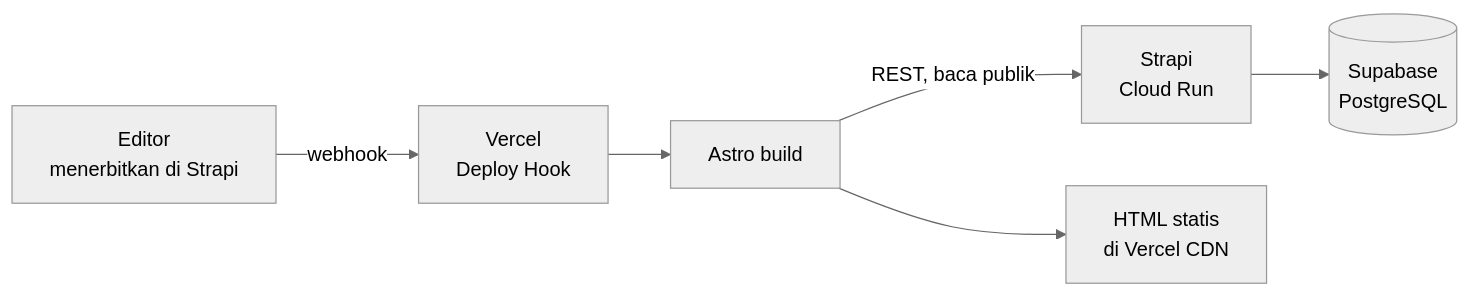
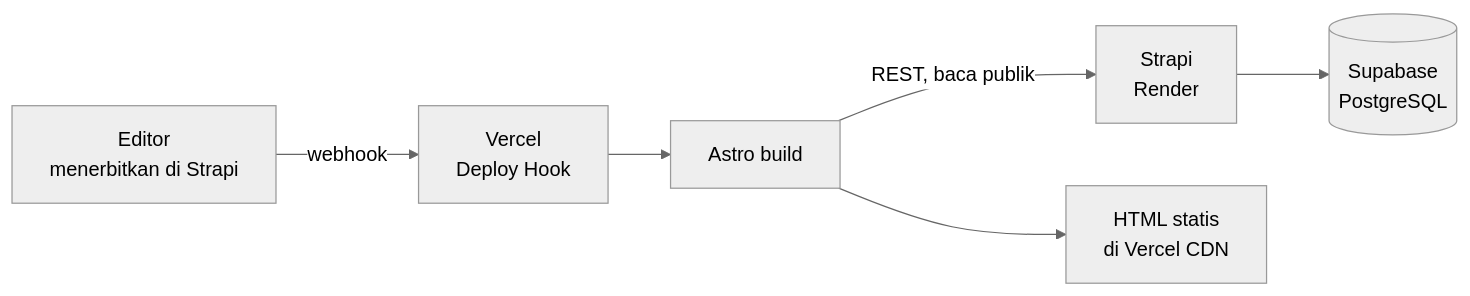
Before and after one commit to AnggaWikaNugraha/knowly-headless-cms: the first of 3 diagrams in docs/ARCHITECTURE.id.md, drawn with Mermaid (neutral theme). The commit also changed other lines of this file and 8 other files, not shown here.

````diff
--- a/docs/ARCHITECTURE.id.md
+++ b/docs/ARCHITECTURE.id.md
@@ -67,8 +67,8 @@
 ```mermaid
 flowchart LR
     E["Editor<br/>menerbitkan di Strapi"] -->|webhook| VH["Vercel<br/>Deploy Hook"]
     VH --> B["Astro build"]
-    B -->|"REST, baca publik"| S["Strapi<br/>Cloud Run"]
+    B -->|"REST, baca publik"| S["Strapi<br/>Render"]
     S --> DB[("Supabase<br/>PostgreSQL")]
     B --> ST["HTML statis<br/>di Vercel CDN"]
 ```
````
